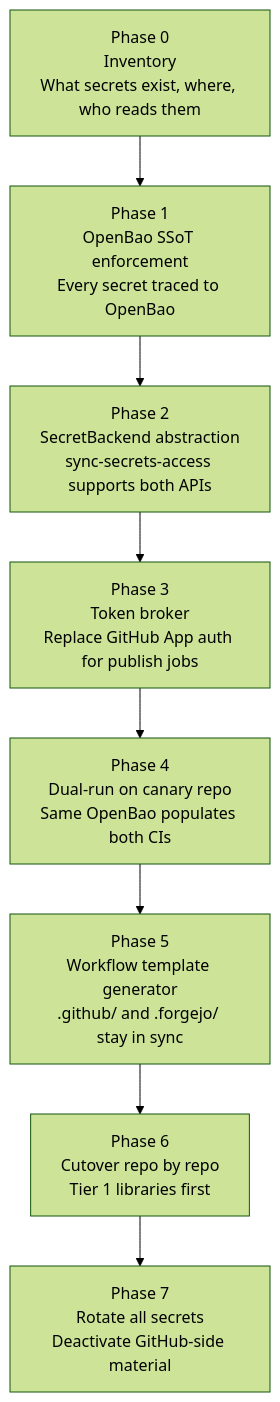
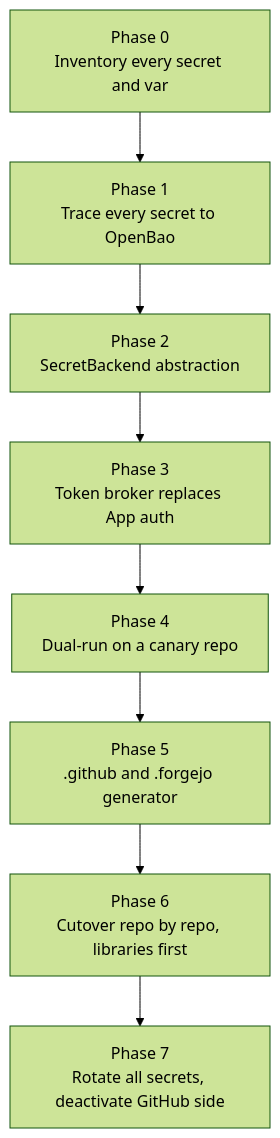
One commit to hyperi-io/hyperi-ci changed the third of 3 diagrams in docs/migration/codeberg-secrets-and-ci.md. Above: the diagram before and after it, drawn with Mermaid (forest theme). The commit also changed other lines of this file, not shown here.

Commit message:
docs: trim codeberg-secrets-and-ci and fix the workflow list

````diff
--- a/docs/migration/codeberg-secrets-and-ci.md
+++ b/docs/migration/codeberg-secrets-and-ci.md
@@ -272,13 +135,13 @@
 ```mermaid
 flowchart TD
-    P0[Phase 0<br/>Inventory<br/>What secrets exist, where, who reads them]
-    P1[Phase 1<br/>OpenBao SSoT enforcement<br/>Every secret traced to OpenBao]
-    P2[Phase 2<br/>SecretBackend abstraction<br/>sync-secrets-access supports both APIs]
-    P3[Phase 3<br/>Token broker<br/>Replace GitHub App auth for publish jobs]
-    P4[Phase 4<br/>Dual-run on canary repo<br/>Same OpenBao populates both CIs]
-    P5[Phase 5<br/>Workflow template generator<br/>.github/ and .forgejo/ stay in sync]
-    P6[Phase 6<br/>Cutover repo by repo<br/>Tier 1 libraries first]
-    P7[Phase 7<br/>Rotate all secrets<br/>Deactivate GitHub-side material]
+    P0["Phase 0<br/>Inventory every secret and var"]
+    P1["Phase 1<br/>Trace every secret to OpenBao"]
+    P2["Phase 2<br/>SecretBackend abstraction"]
+    P3["Phase 3<br/>Token broker replaces App auth"]
+    P4["Phase 4<br/>Dual-run on a canary repo"]
+    P5["Phase 5<br/>.github and .forgejo generator"]
+    P6["Phase 6<br/>Cutover repo by repo, libraries first"]
+    P7["Phase 7<br/>Rotate all secrets, deactivate GitHub side"]
 
     P0 --> P1 --> P2 --> P3 --> P4 --> P5 --> P6 --> P7
 ```
````
